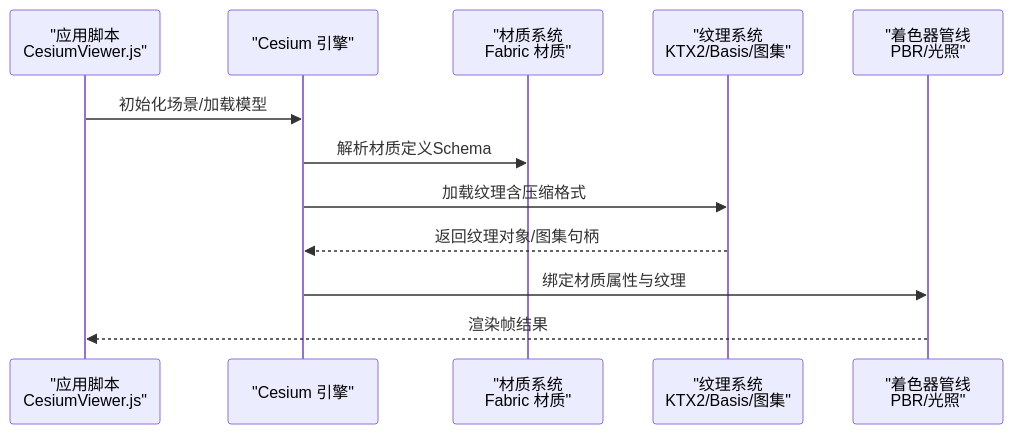
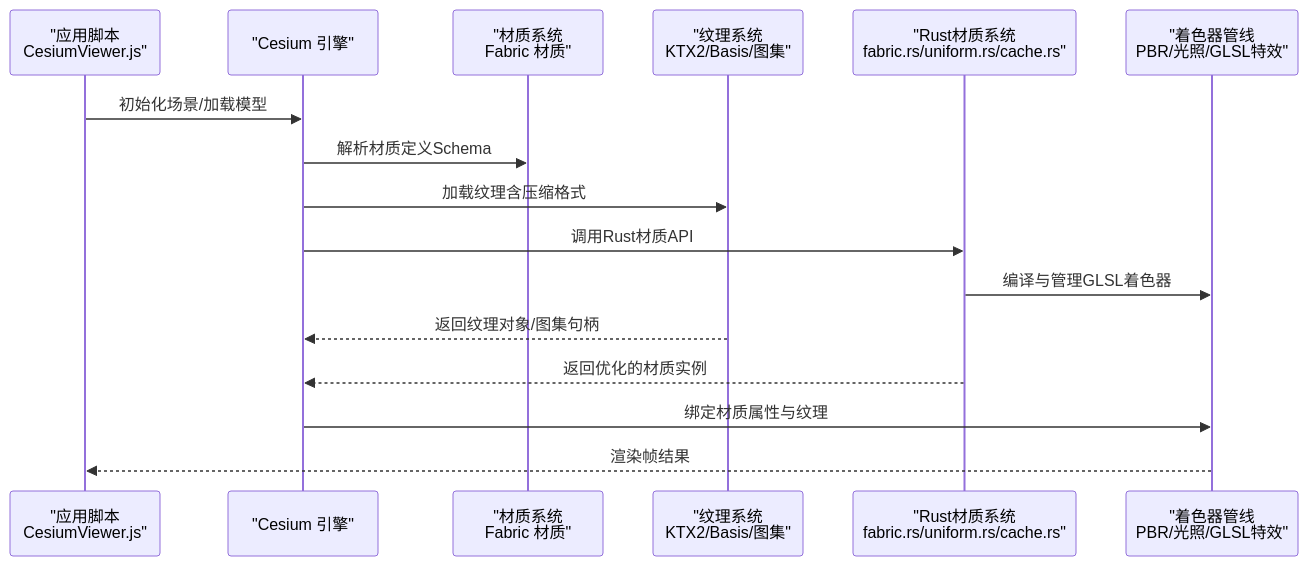
The second of 10 diagrams in .qoder/repowiki/zh/content/项目概述/核心特性/3D渲染引擎/材质与纹理系统.md (rzhangjing/cesium), drawn with Mermaid before and after one commit. The commit also changed other lines of this file and 30 other files, not shown here.

````diff
--- a/.qoder/repowiki/zh/content/项目概述/核心特性/3D渲染引擎/材质与纹理系统.md
+++ b/.qoder/repowiki/zh/content/项目概述/核心特性/3D渲染引擎/材质与纹理系统.md
@@ -109,14 +139,18 @@
 ```mermaid
 sequenceDiagram
 participant App as "应用脚本<br/>CesiumViewer.js"
 participant Engine as "Cesium 引擎"
 participant MatSys as "材质系统<br/>Fabric 材质"
 participant TexSys as "纹理系统<br/>KTX2/Basis/图集"
-participant Shader as "着色器管线<br/>PBR/光照"
+participant RustMat as "Rust材质系统<br/>fabric.rs/uniform.rs/cache.rs"
+participant Shader as "着色器管线<br/>PBR/光照/GLSL特效"
 App->>Engine : 初始化场景/加载模型
 Engine->>MatSys : 解析材质定义Schema
 Engine->>TexSys : 加载纹理含压缩格式
+Engine->>RustMat : 调用Rust材质API
+RustMat->>Shader : 编译与管理GLSL着色器
 TexSys-->>Engine : 返回纹理对象/图集句柄
+RustMat-->>Engine : 返回优化的材质实例
 Engine->>Shader : 绑定材质属性与纹理
 Shader-->>App : 渲染帧结果
 ```
````
